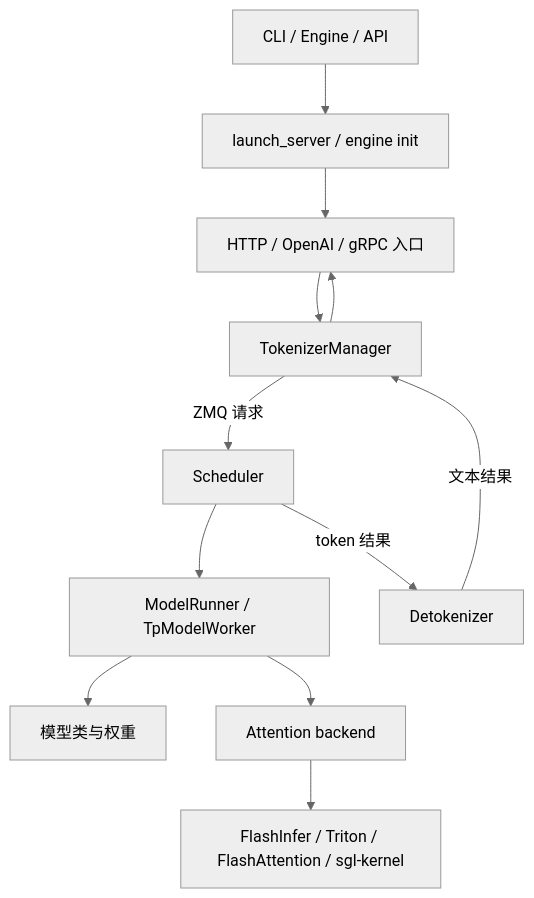
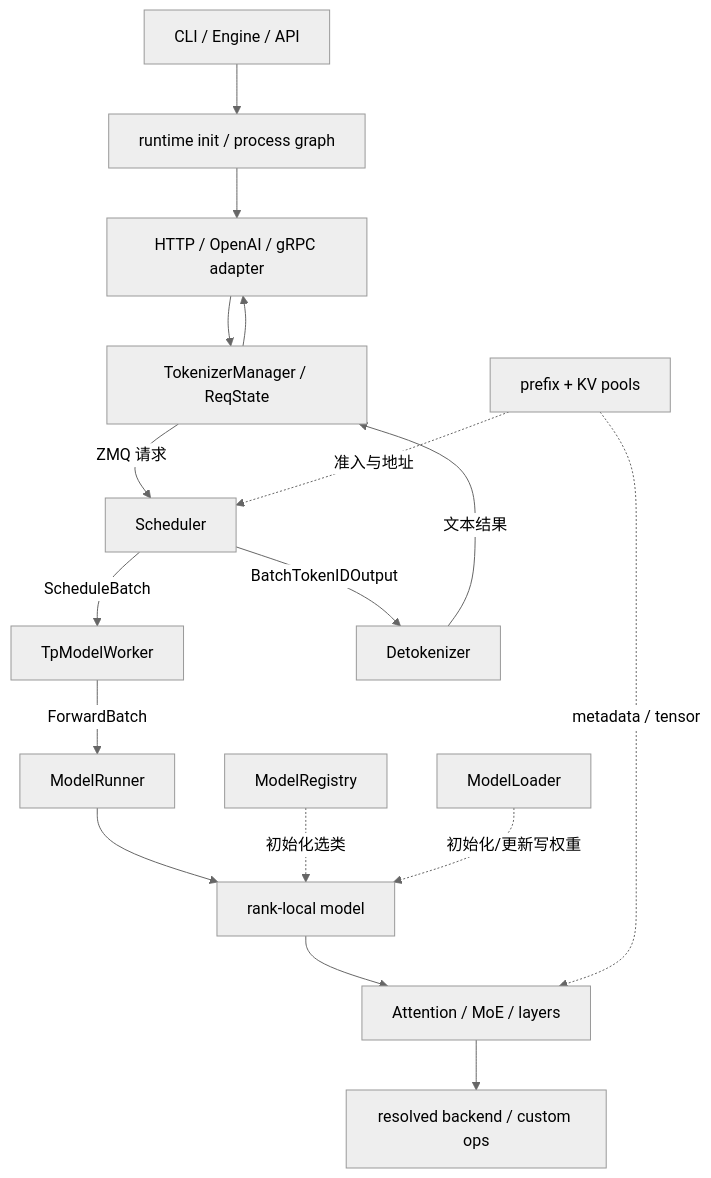
The first of 6 diagrams in sglang_reading/导读与总览/SGLang-模块依赖图.md (OnlyHero5/sglang-reading-vault), drawn with Mermaid (neutral theme) before and after one commit. The commit also changed other lines of this file and 512 other files, not shown here.

````diff
--- a/sglang_reading/导读与总览/SGLang-模块依赖图.md
+++ b/sglang_reading/导读与总览/SGLang-模块依赖图.md
@@ -24,14 +32,20 @@
 ```mermaid
 flowchart TB
-    CLI["CLI / Engine / API"] --> START["launch_server / engine init"]
-    START --> HTTP["HTTP / OpenAI / gRPC 入口"]
-    HTTP --> TM["TokenizerManager"]
+    CLI["CLI / Engine / API"] --> START["runtime init / process graph"]
+    START --> ADAPTER["HTTP / OpenAI / gRPC adapter"]
+    ADAPTER --> TM["TokenizerManager / ReqState"]
     TM -->|"ZMQ 请求"| SCH["Scheduler"]
-    SCH --> MR["ModelRunner / TpModelWorker"]
-    MR --> MODEL["模型类与权重"]
-    MR --> ATTN["Attention backend"]
-    ATTN --> KERNEL["FlashInfer / Triton / FlashAttention / sgl-kernel"]
-    SCH -->|"token 结果"| DET["Detokenizer"]
+    SCH -->|"ScheduleBatch"| TPW["TpModelWorker"]
+    TPW -->|"ForwardBatch"| MR["ModelRunner"]
+    MR --> MODEL["rank-local model"]
+    MODEL --> ATTN["Attention / MoE / layers"]
+    ATTN --> KERNEL["resolved backend / custom ops"]
+    SCH -->|"BatchTokenIDOutput"| DET["Detokenizer"]
     DET -->|"文本结果"| TM
-    TM --> HTTP
+    TM --> ADAPTER
+
+    REG["ModelRegistry"] -.初始化选类.-> MODEL
+    LOAD["ModelLoader"] -.初始化/更新写权重.-> MODEL
+    CACHE["prefix + KV pools"] -.准入与地址.-> SCH
+    CACHE -.metadata / tensor.-> ATTN
 ```
````
